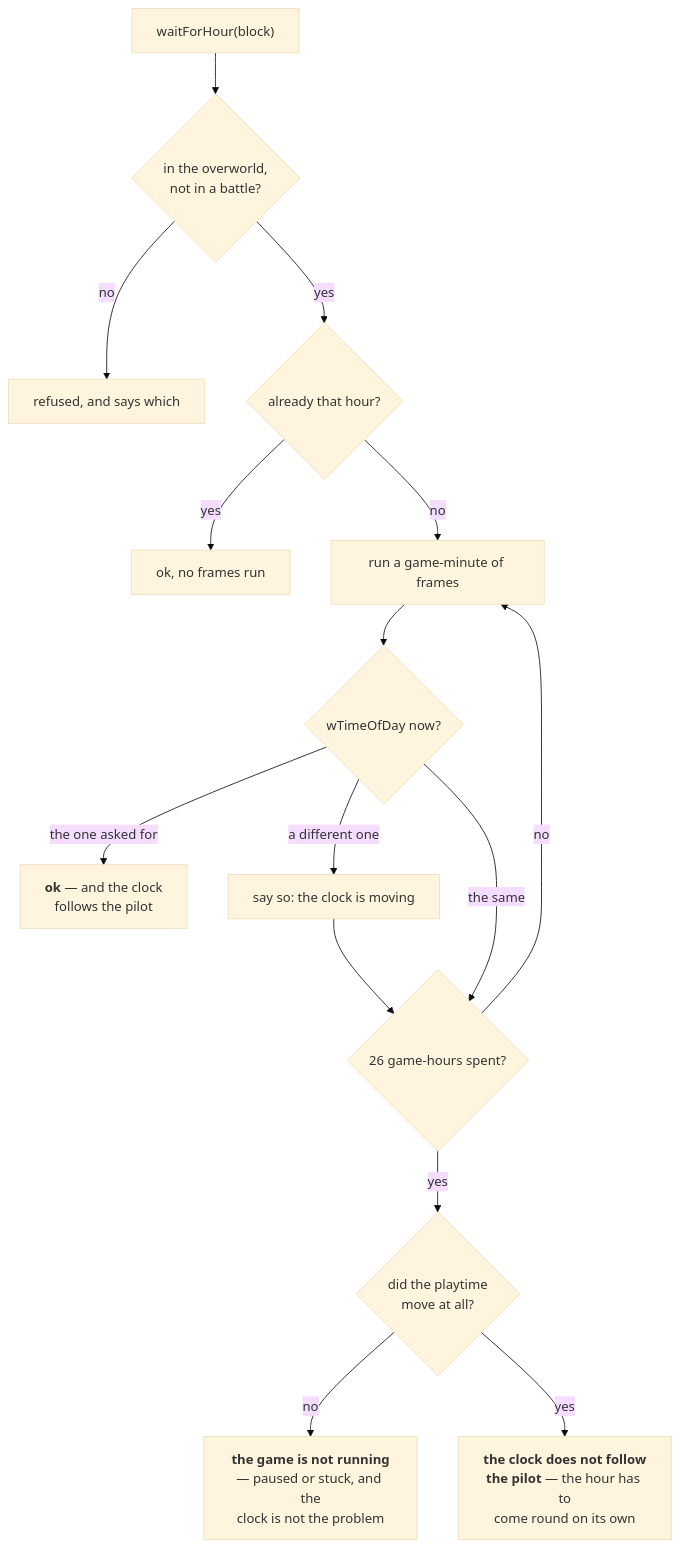
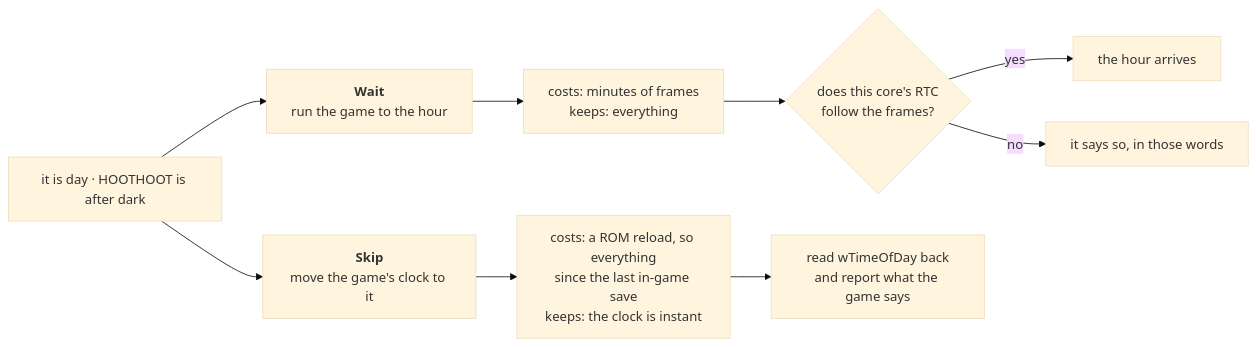
Before and after one commit to minormending/crystal-pilot-mobile: diagram 37 of 51 in docs/CODE.md, drawn with Mermaid (base theme). The commit also changed other lines of this file and 11 other files, not shown here.

First line of the commit message:
The clock is an offset in the save, so the pilot can move it

````diff
--- a/docs/CODE.md
+++ b/docs/CODE.md
@@ -4094,17 +4107,11 @@
 ```mermaid
-flowchart TD
-    S["waitForHour(block)"] --> G{"in the overworld,<br/>not in a battle?"}
-    G -- no --> R["refused, and says which"]
-    G -- yes --> A{"already that hour?"}
-    A -- yes --> N["ok, no frames run"]
-    A -- no --> L["run a game-minute of frames"]
-    L --> C{"wTimeOfDay now?"}
-    C -- "the one asked for" --> W["<b>ok</b> — and the clock<br/>follows the pilot"]
-    C -- "a different one" --> SAY["say so: the clock is moving"]
-    SAY --> B
-    C -- "the same" --> B{"26 game-hours spent?"}
-    B -- no --> L
-    B -- yes --> P{"did the playtime<br/>move at all?"}
-    P -- no --> D["<b>the game is not running</b><br/>— paused or stuck, and the<br/>clock is not the problem"]
-    P -- yes --> F["<b>the clock does not follow<br/>the pilot</b> — the hour has to<br/>come round on its own"]
+flowchart LR
+    N["it is day · HOOTHOOT is after dark"] --> W["<b>Wait</b><br/>run the game to the hour"]
+    N --> S["<b>Skip</b><br/>move the game's clock to it"]
+    W --> WC["costs: minutes of frames<br/>keeps: everything"]
+    S --> SC["costs: a ROM reload, so everything<br/>since the last in-game save<br/>keeps: the clock is instant"]
+    WC --> WD{"does this core's RTC<br/>follow the frames?"}
+    WD -- yes --> OK1["the hour arrives"]
+    WD -- no --> OK2["it says so, in those words"]
+    SC --> V["read wTimeOfDay back<br/>and report what the game says"]
 ```
````
